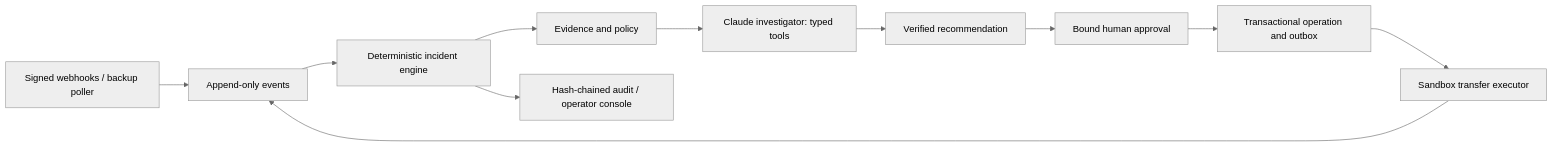
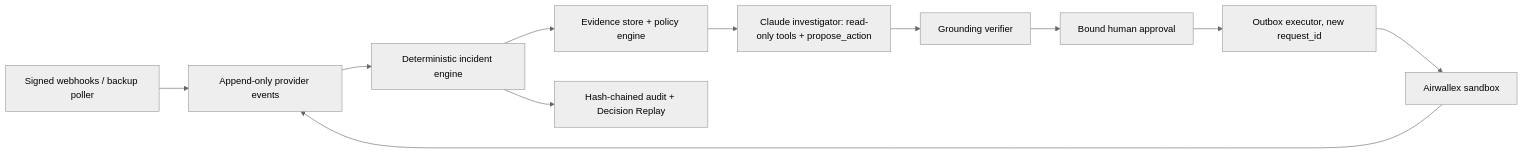
The diagram in README.md (quantumchartered/quantum-sentinel), drawn with Mermaid (neutral theme) before and after one commit. The commit also changed other lines of this file and 10 other files, not shown here.

````diff
--- a/README.md
+++ b/README.md
@@ -23,13 +32,13 @@
 ```mermaid
 flowchart LR
-  A[Signed webhooks / backup poller] --> B[Append-only events]
+  A[Signed webhooks / backup poller] --> B[Append-only provider events]
   B --> C[Deterministic incident engine]
-  C --> D[Evidence and policy]
-  D --> E[Claude investigator: typed tools]
-  E --> F[Verified recommendation]
+  C --> D[Evidence store + policy engine]
+  D --> E[Claude investigator: read-only tools + propose_action]
+  E --> F[Grounding verifier]
   F --> G[Bound human approval]
-  G --> H[Transactional operation and outbox]
-  H --> I[Sandbox transfer executor]
+  G --> H[Outbox executor, new request_id]
+  H --> I[Airwallex sandbox]
   I --> B
-  C --> J[Hash-chained audit / operator console]
+  C --> J[Hash-chained audit + Decision Replay]
 ```
````
